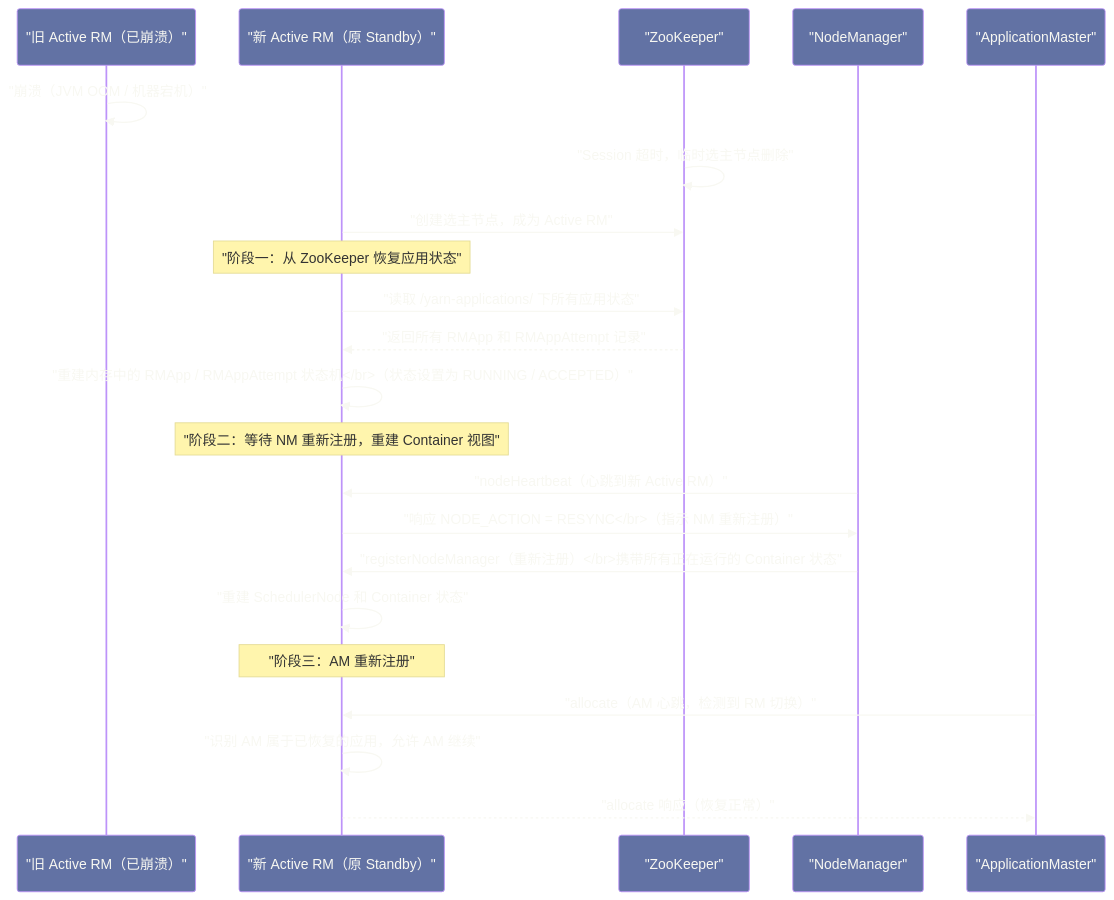
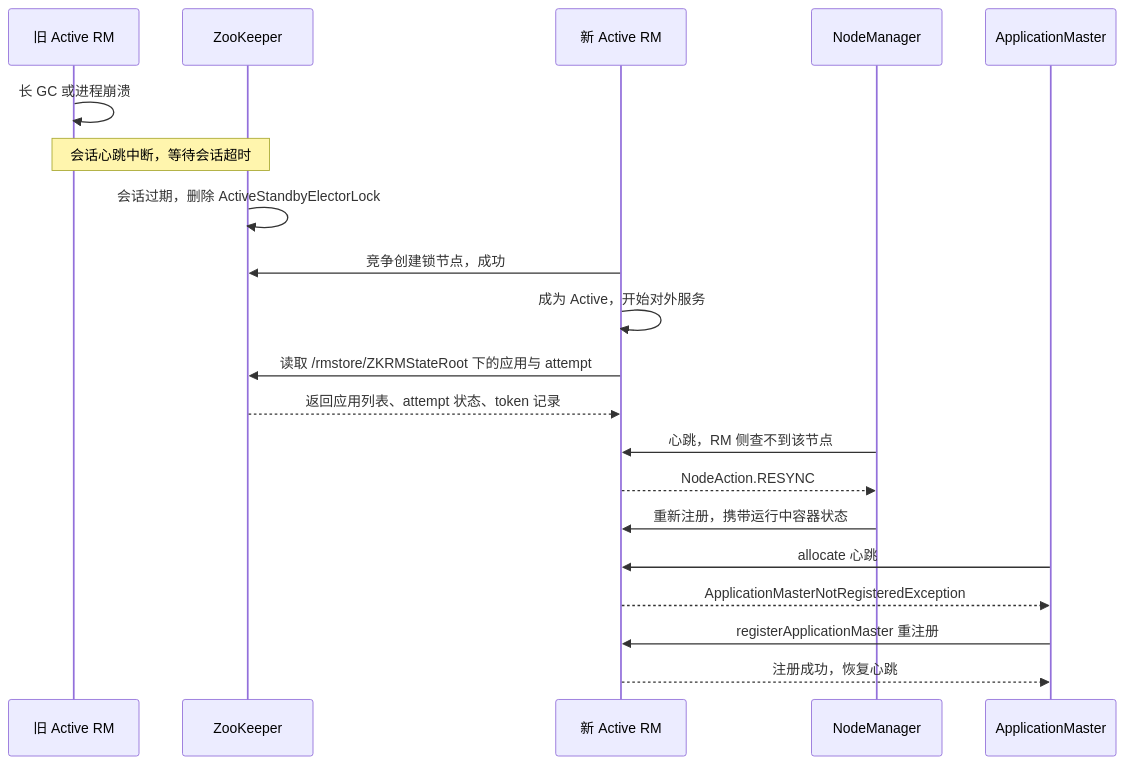
The first of 6 diagrams in content/大数据/Hadoop/Yarn/08 YARN 高可用与故障恢复——ResourceManager HA 与 AM 重试机制.md (hpliStartAgain/my-brain), drawn with Mermaid before and after one commit. The commit also changed other lines of this file and 455 other files, not shown here.

````diff
--- a/content/大数据/Hadoop/Yarn/08 YARN 高可用与故障恢复——ResourceManager HA 与 AM 重试机制.md
+++ b/content/大数据/Hadoop/Yarn/08 YARN 高可用与故障恢复——ResourceManager HA 与 AM 重试机制.md
@@ -250,29 +82,24 @@
 ```mermaid
-%%{init: {'theme': 'base', 'themeVariables': {'primaryColor': '#6272a4', 'primaryTextColor': '#f8f8f2', 'primaryBorderColor': '#bd93f9', 'lineColor': '#ff79c6', 'secondaryColor': '#44475a', 'tertiaryColor': '#282a36'}}}%%
+%%{init: {'theme': 'dracula'}}%%
 sequenceDiagram
-    participant OldRM as "旧 Active RM（已崩溃）"
-    participant NewRM as "新 Active RM（原 Standby）"
-    participant ZK as "ZooKeeper"
-    participant NM as "NodeManager"
-    participant AM as "ApplicationMaster"
+    participant RM1 as 旧 Active RM
+    participant ZK as ZooKeeper
+    participant RM2 as 新 Active RM
+    participant NM as NodeManager
+    participant AM as ApplicationMaster
 
-    OldRM->>OldRM: "崩溃（JVM OOM / 机器宕机）"
-    ZK->>ZK: "Session 超时，临时选主节点删除"
-    NewRM->>ZK: "创建选主节点，成为 Active RM"
-
-    Note over NewRM: "阶段一：从 ZooKeeper 恢复应用状态"
-    NewRM->>ZK: "读取 /yarn-applications/ 下所有应用状态"
-    ZK-->>NewRM: "返回所有 RMApp 和 RMAppAttempt 记录"
-    NewRM->>NewRM: "重建内存中的 RMApp / RMAppAttempt 状态机</br>（状态设置为 RUNNING / ACCEPTED）"
-
-    Note over NewRM: "阶段二：等待 NM 重新注册，重建 Container 视图"
-    NM->>NewRM: "nodeHeartbeat（心跳到新 Active RM）"
-    NewRM->>NM: "响应 NODE_ACTION = RESYNC</br>（指示 NM 重新注册）"
-    NM->>NewRM: "registerNodeManager（重新注册）</br>携带所有正在运行的 Container 状态"
-    NewRM->>NewRM: "重建 SchedulerNode 和 Container 状态"
-
-    Note over NewRM: "阶段三：AM 重新注册"
-    AM->>NewRM: "allocate（AM 心跳，检测到 RM 切换）"
-    NewRM->>NewRM: "识别 AM 属于已恢复的应用，允许 AM 继续"
-    NewRM-->>AM: "allocate 响应（恢复正常）"
+    RM1->>RM1: 长 GC 或进程崩溃
+    Note over RM1,ZK: 会话心跳中断，等待会话超时
+    ZK->>ZK: 会话过期，删除 ActiveStandbyElectorLock
+    RM2->>ZK: 竞争创建锁节点，成功
+    RM2->>RM2: 成为 Active，开始对外服务
+    RM2->>ZK: 读取 /rmstore/ZKRMStateRoot 下的应用与 attempt
+    ZK-->>RM2: 返回应用列表、attempt 状态、token 记录
+    NM->>RM2: 心跳，RM 侧查不到该节点
+    RM2-->>NM: NodeAction.RESYNC
+    NM->>RM2: 重新注册，携带运行中容器状态
+    AM->>RM2: allocate 心跳
+    RM2-->>AM: ApplicationMasterNotRegisteredException
+    AM->>RM2: registerApplicationMaster 重注册
+    RM2-->>AM: 注册成功，恢复心跳
 ```
````
